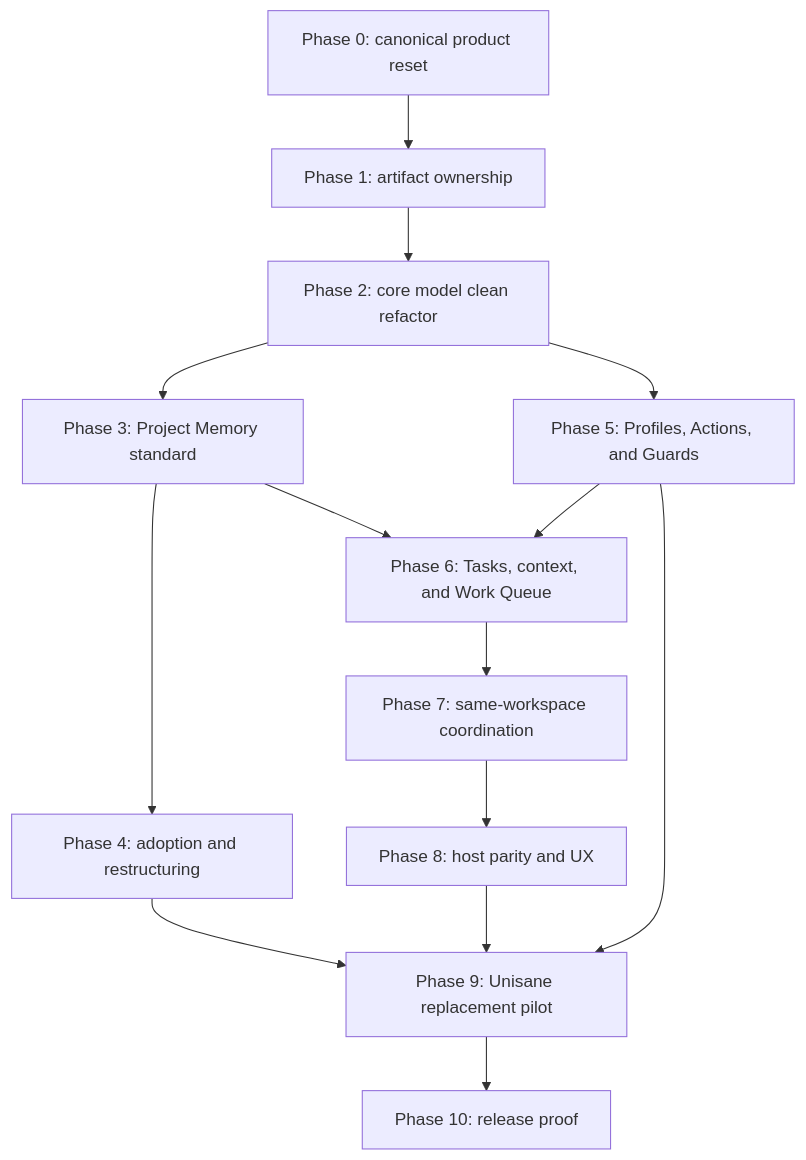
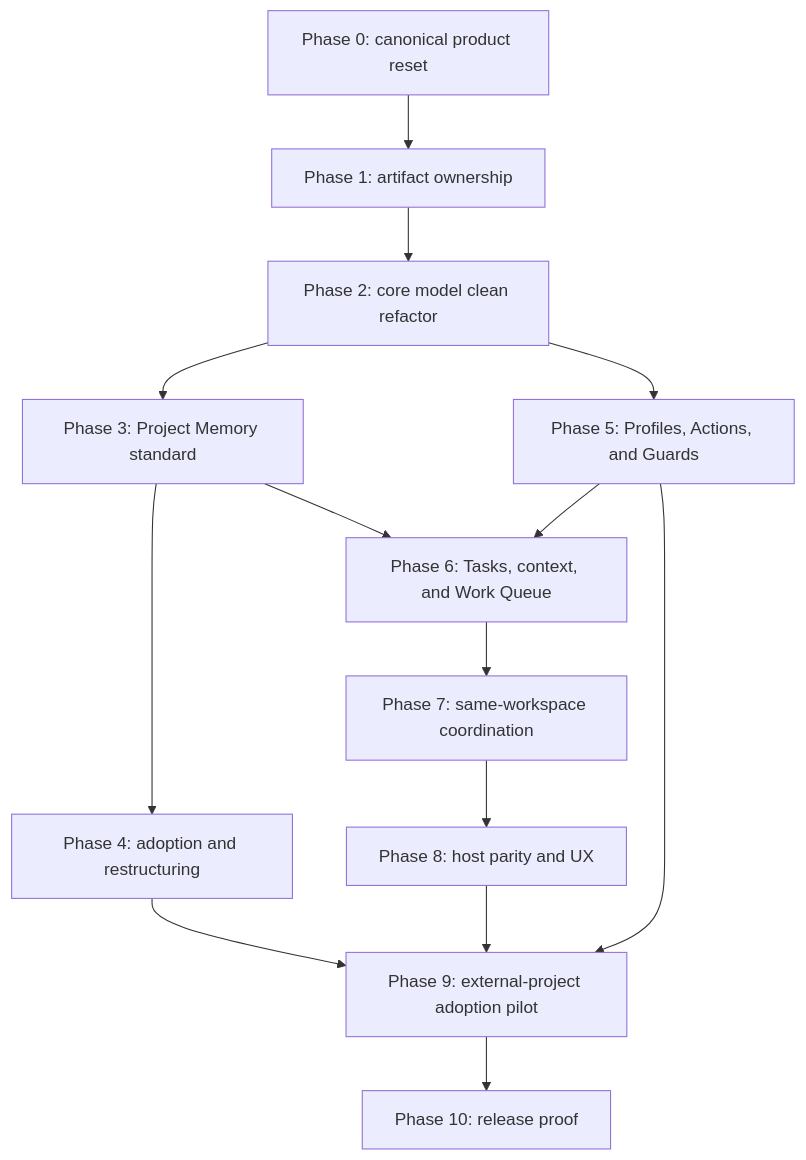
One commit to unisanetech/skopos changed the diagram in docs/work/plans/P-e7e888e6-canonical-product-convergence.md. Above: the diagram before and after it, drawn with Mermaid. The commit also changed other lines of this file and 139 other files, not shown here.

````diff
--- a/docs/work/plans/P-e7e888e6-canonical-product-convergence.md
+++ b/docs/work/plans/P-e7e888e6-canonical-product-convergence.md
@@ -371,16 +387,16 @@
 ```mermaid
 flowchart TD
   P0["Phase 0: canonical product reset"] --> P1["Phase 1: artifact ownership"]
   P1 --> P2["Phase 2: core model clean refactor"]
   P2 --> P3["Phase 3: Project Memory standard"]
   P3 --> P4["Phase 4: adoption and restructuring"]
   P2 --> P5["Phase 5: Profiles, Actions, and Guards"]
   P3 --> P6["Phase 6: Tasks, context, and Work Queue"]
   P5 --> P6
   P6 --> P7["Phase 7: same-workspace coordination"]
   P7 --> P8["Phase 8: host parity and UX"]
-  P4 --> P9["Phase 9: Unisane replacement pilot"]
+  P4 --> P9["Phase 9: external-project adoption pilot"]
   P5 --> P9
   P8 --> P9
   P9 --> P10["Phase 10: release proof"]
 ```
````
